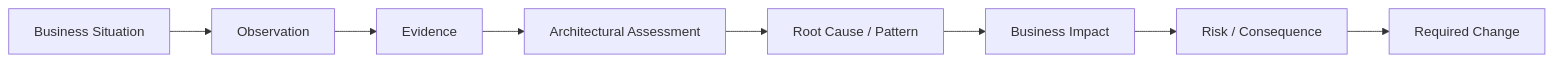
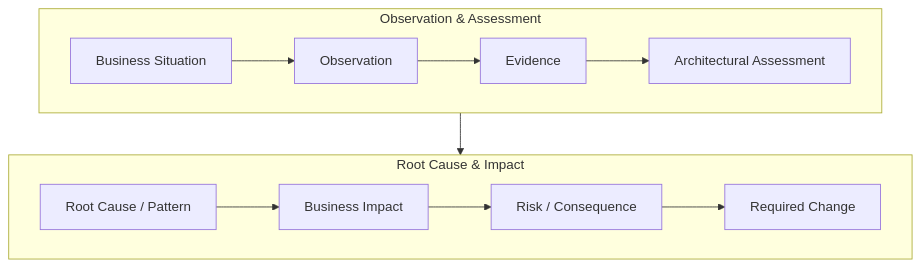
One commit to avfranco-br/portfolio changed the sixth of 24 diagrams in docs/sop/methods/architecture-assessment-and-roadmap.md. Above: the diagram before and after it, drawn with Mermaid. The commit also changed other lines of this file and 10 other files, not shown here.

Commit message:
Refactor Mermaid diagrams across SOP and methods documentation for legibility

````diff
--- a/docs/sop/methods/architecture-assessment-and-roadmap.md
+++ b/docs/sop/methods/architecture-assessment-and-roadmap.md
@@ -372,12 +402,18 @@
 ```mermaid
-flowchart LR
-    A["Business Situation"]
-    B["Observation"]
-    C["Evidence"]
-    D["Architectural Assessment"]
-    E["Root Cause / Pattern"]
-    F["Business Impact"]
-    G["Risk / Consequence"]
-    H["Required Change"]
-    A --> B --> C --> D --> E --> F --> G --> H
+flowchart TD
+    subgraph Tier1["Observation & Assessment"]
+        direction LR
+        A["Business Situation"] --> B["Observation"]
+        B --> C["Evidence"]
+        C --> D["Architectural Assessment"]
+    end
+
+    subgraph Tier2["Root Cause & Impact"]
+        direction LR
+        E["Root Cause / Pattern"] --> F["Business Impact"]
+        F --> G["Risk / Consequence"]
+        G --> H["Required Change"]
+    end
+
+    D --> E
 ```
````
